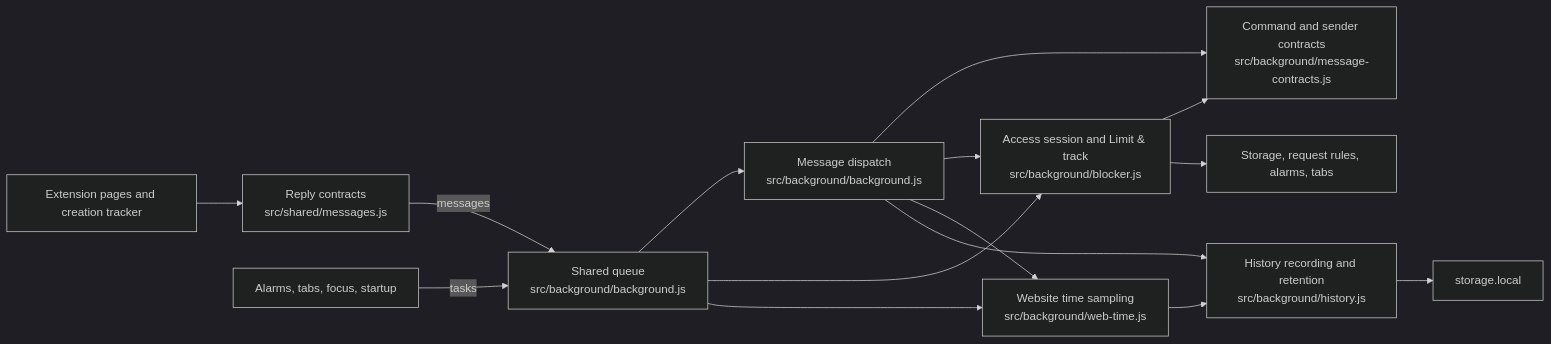
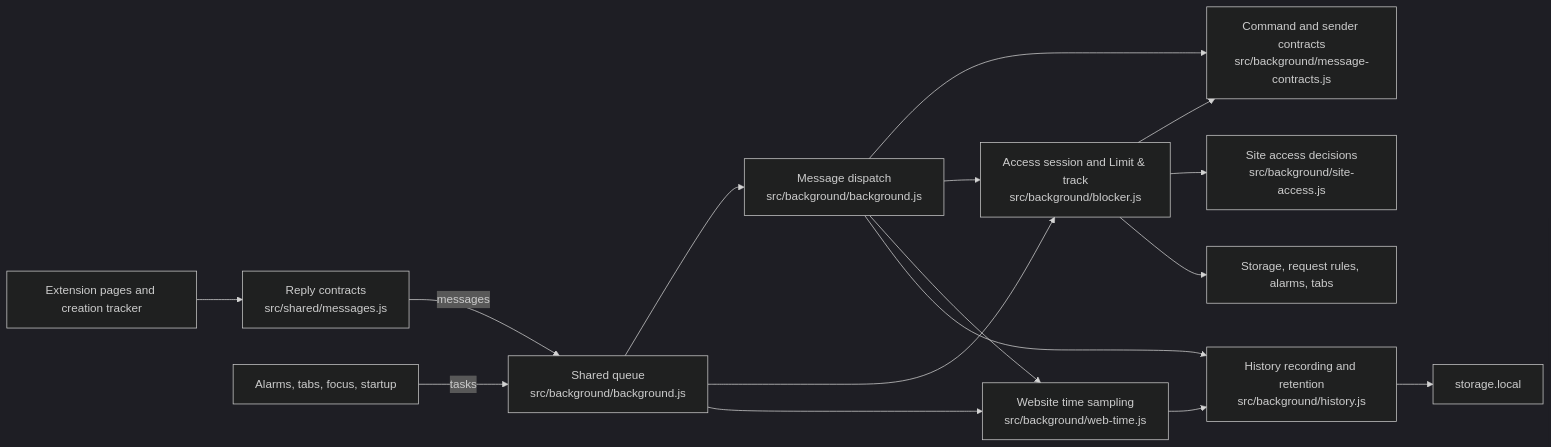
The first of 2 diagrams in extension/README.md (WebCu/createratio), drawn with Mermaid (dark theme) before and after one commit. The commit also changed other lines of this file and 5 other files, not shown here.

Commit message:
Move the access reconcile decision into the site access model

````diff
--- a/extension/README.md
+++ b/extension/README.md
@@ -44,17 +44,18 @@
 ```mermaid
 flowchart LR
   Messages["Extension pages and creation tracker"] --> Client["Reply contracts<br/>src/shared/messages.js"]
   Client -->|messages| Queue["Shared queue<br/>src/background/background.js"]
   Events["Alarms, tabs, focus, startup"] -->|tasks| Queue
   Queue --> Dispatch["Message dispatch<br/>src/background/background.js"]
   Queue --> Access["Access session and Limit & track<br/>src/background/blocker.js"]
   Queue --> Website["Website time sampling<br/>src/background/web-time.js"]
   Dispatch --> Contracts["Command and sender contracts<br/>src/background/message-contracts.js"]
   Access --> Contracts
+  Access --> Model["Site access decisions<br/>src/background/site-access.js"]
   Dispatch --> Access
   Dispatch --> Website
   Dispatch --> History["History recording and retention<br/>src/background/history.js"]
   Website --> History
   History --> Local["storage.local"]
   Access --> Effects["Storage, request rules, alarms, tabs"]
 ```
````
